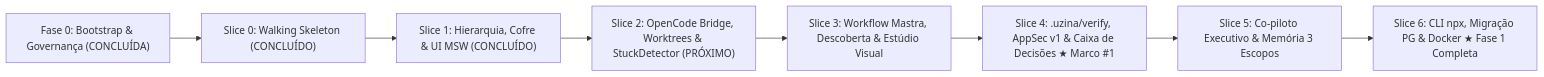
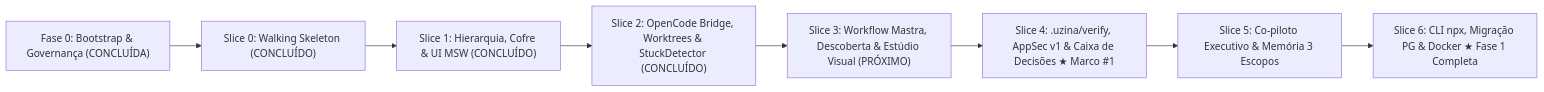
The diagram in docs/status/ROADMAP_STATUS.md (Matheus-Gama-deluna/uzina-studio), drawn with Mermaid before and after one commit. The commit also changed other lines of this file and 29 other files, not shown here.

Commit message:
feat(slice-02): implementar @uzina/opencode-bridge, Git worktrees isolados, 8 skills e StuckDetector

````diff
--- a/docs/status/ROADMAP_STATUS.md
+++ b/docs/status/ROADMAP_STATUS.md
@@ -9,10 +9,10 @@
 ```mermaid
 flowchart LR
     F0["Fase 0: Bootstrap & Governança (CONCLUÍDA)"] --> S0["Slice 0: Walking Skeleton (CONCLUÍDO)"]
     S0 --> S1["Slice 1: Hierarquia, Cofre & UI MSW (CONCLUÍDO)"]
-    S1 --> S2["Slice 2: OpenCode Bridge, Worktrees & StuckDetector (PRÓXIMO)"]
-    S2 --> S3["Slice 3: Workflow Mastra, Descoberta & Estúdio Visual"]
+    S1 --> S2["Slice 2: OpenCode Bridge, Worktrees & StuckDetector (CONCLUÍDO)"]
+    S2 --> S3["Slice 3: Workflow Mastra, Descoberta & Estúdio Visual (PRÓXIMO)"]
     S3 --> S4["Slice 4: .uzina/verify, AppSec v1 & Caixa de Decisões ★ Marco #1"]
     S4 --> S5["Slice 5: Co-piloto Executivo & Memória 3 Escopos"]
     S5 --> S6["Slice 6: CLI npx, Migração PG & Docker ★ Fase 1 Completa"]
 ```
````
